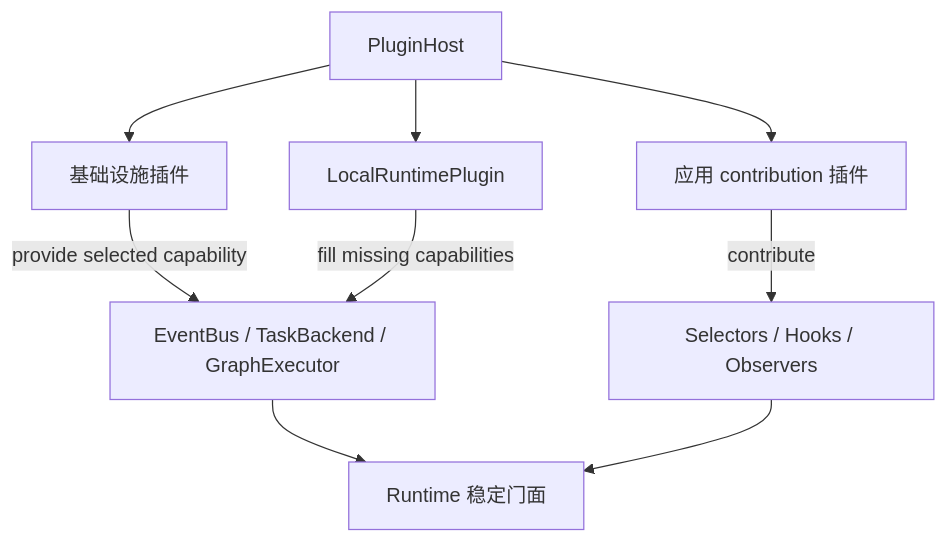
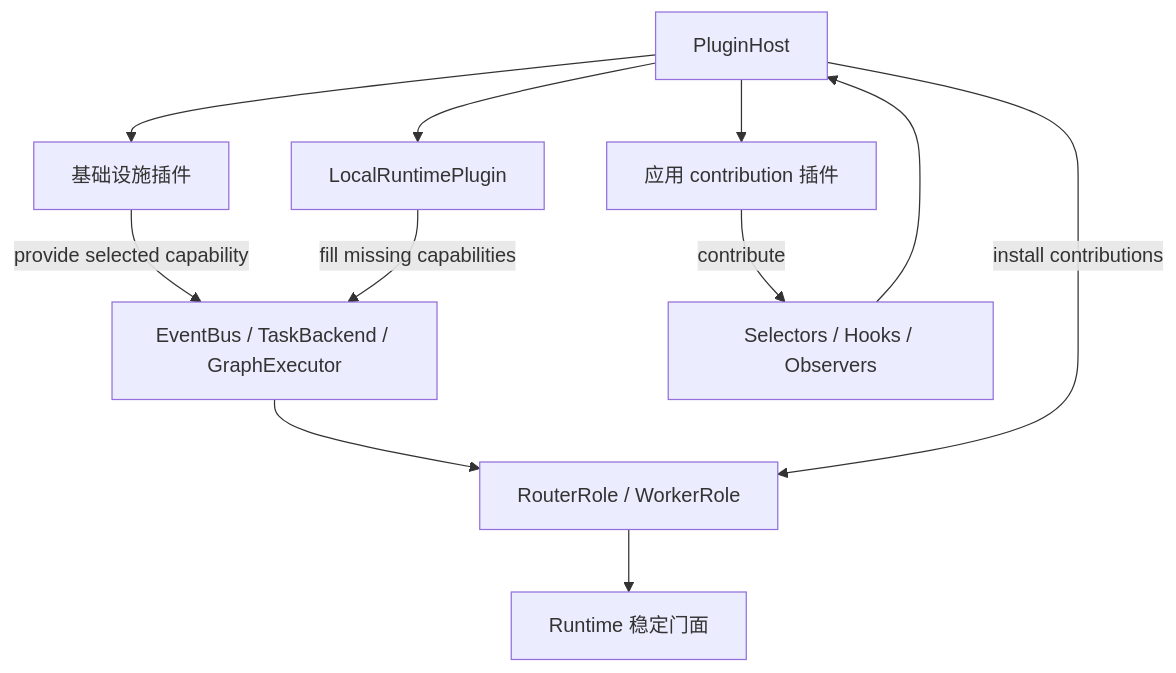
One commit to KKKKKKKEM/interlace changed the first of 3 diagrams in docs/07-plugins.md. Above: the diagram before and after it, drawn with Mermaid. The commit also changed other lines of this file and 37 other files, not shown here.

````diff
--- a/docs/07-plugins.md
+++ b/docs/07-plugins.md
@@ -49,16 +50,18 @@
 ```mermaid
 flowchart TB
     Host[PluginHost]
     Local[LocalRuntimePlugin]
     Infra[基础设施插件]
     Feature[应用 contribution 插件]
 
     Host --> Local
     Host --> Infra
     Host --> Feature
     Infra -->|provide selected capability| CoreCaps[EventBus / TaskBackend / GraphExecutor]
     Local -->|fill missing capabilities| CoreCaps
     Feature -->|contribute| Contributions[Selectors / Hooks / Observers]
-    CoreCaps --> Runtime[Runtime 稳定门面]
-    Contributions --> Runtime
+    CoreCaps --> Roles[RouterRole / WorkerRole]
+    Contributions --> Host
+    Host -->|install contributions| Roles
+    Roles --> Runtime[Runtime 稳定门面]
 ```
````
